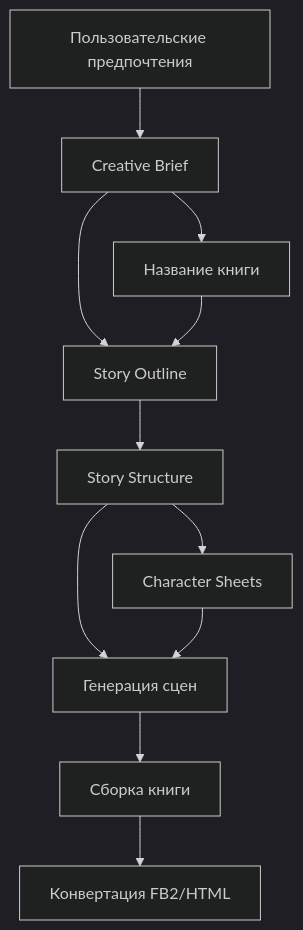
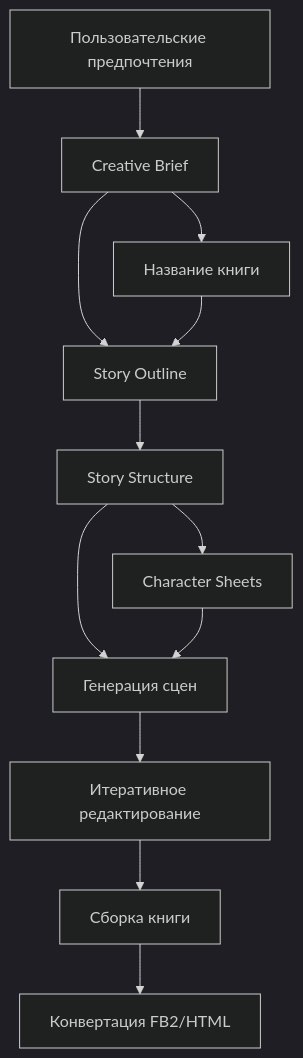
The diagram in WORKFLOW.md (jenissimo/gorky-ai), drawn with Mermaid (dark theme) before and after one commit. The commit also changed other lines of this file and 16 other files, not shown here.

````diff
--- a/WORKFLOW.md
+++ b/WORKFLOW.md
@@ -5,13 +5,14 @@
 ```mermaid
 graph TD
     A[Пользовательские предпочтения] --> B[Creative Brief]
     B --> C[Название книги]
     B --> D[Story Outline]
     C --> D
     D --> E[Story Structure]
     E --> F[Character Sheets]
     E --> G[Генерация сцен]
     F --> G
-    G --> H[Сборка книги]
-    H --> I[Конвертация FB2/HTML]
+    G --> H[Итеративное редактирование]
+    H --> I[Сборка книги]
+    I --> J[Конвертация FB2/HTML]
 ```
````
